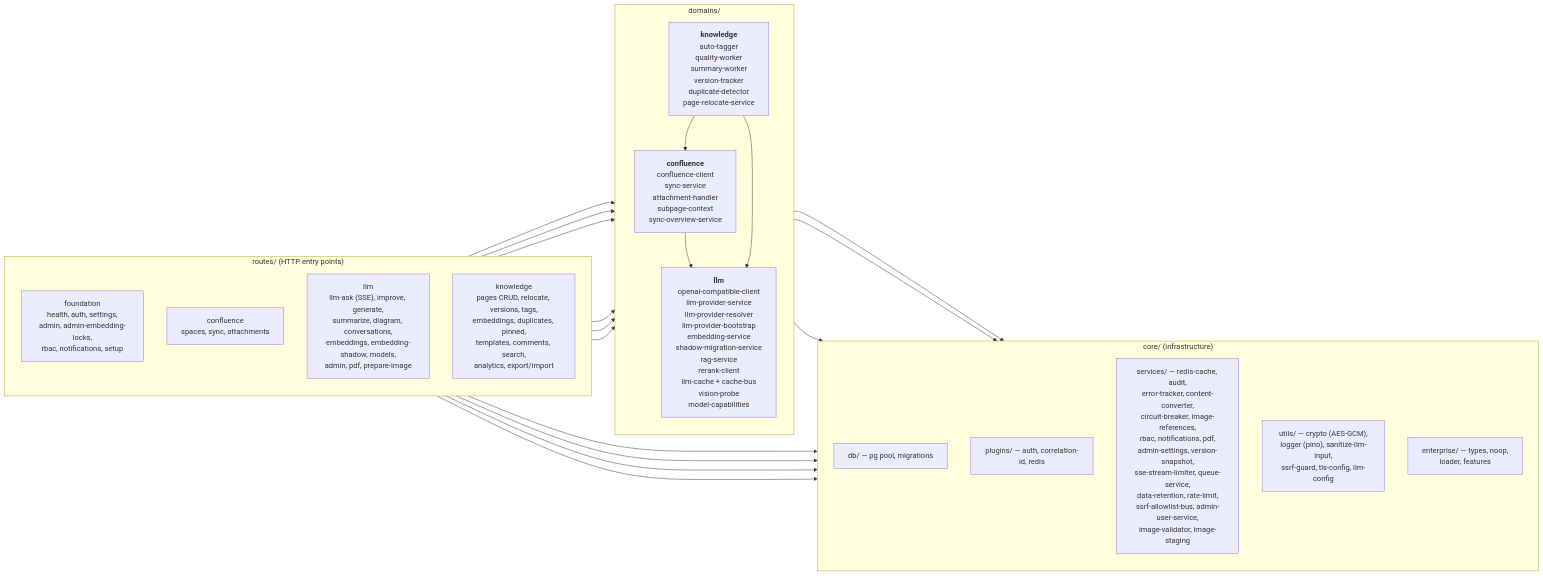
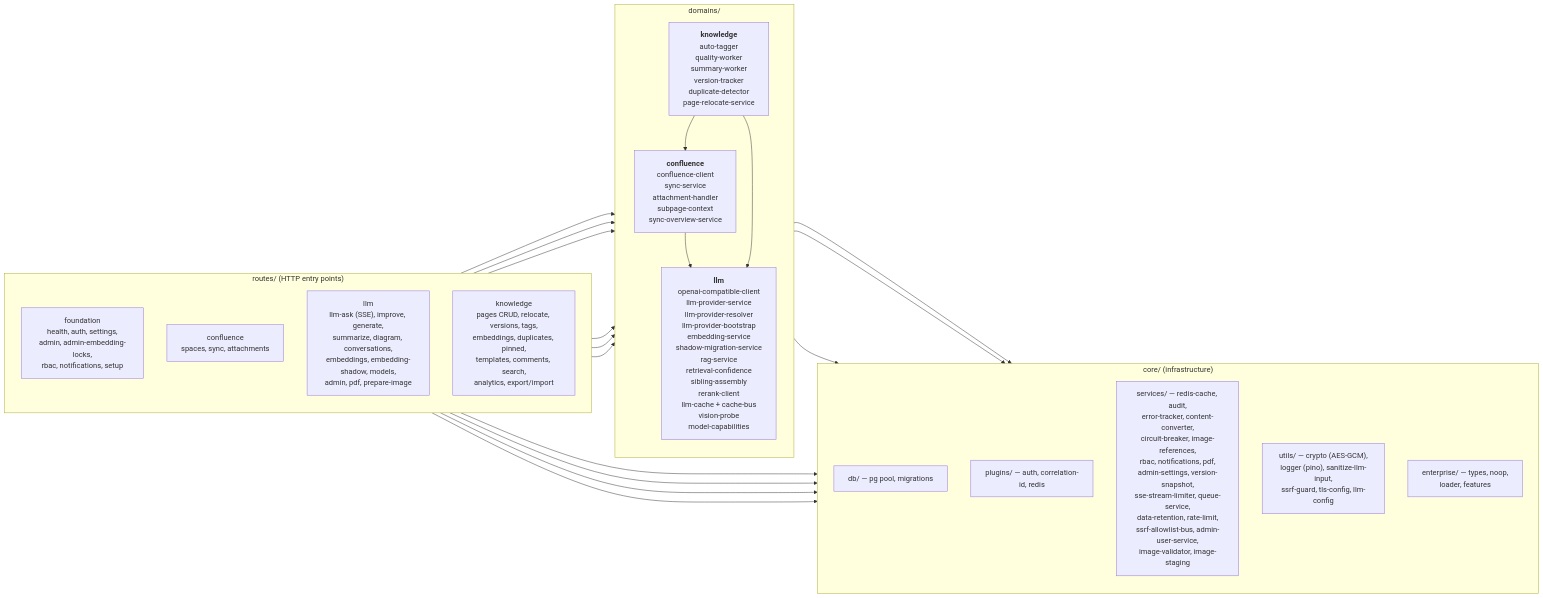
The first of 2 diagrams in docs/architecture/03-backend-domains.md (Compendiq/compendiq-ce), drawn with Mermaid before and after one commit. The commit also changed 16 other files, not shown here.

````diff
--- a/docs/architecture/03-backend-domains.md
+++ b/docs/architecture/03-backend-domains.md
@@ -9,44 +9,44 @@
 ```mermaid
 flowchart LR
     subgraph routes["routes/ (HTTP entry points)"]
         direction TB
         rF["foundation<br/>health, auth, settings,<br/>admin, admin-embedding-locks,<br/>rbac, notifications, setup"]
         rC["confluence<br/>spaces, sync, attachments"]
         rL["llm<br/>llm-ask (SSE), improve, generate,<br/>summarize, diagram, conversations,<br/>embeddings, embedding-shadow, models,<br/>admin, pdf, prepare-image"]
         rK["knowledge<br/>pages CRUD, relocate, versions, tags,<br/>embeddings, duplicates, pinned,<br/>templates, comments, search,<br/>analytics, export/import"]
     end
 
     subgraph domains["domains/"]
         direction TB
         dC["<b>confluence</b><br/>confluence-client<br/>sync-service<br/>attachment-handler<br/>subpage-context<br/>sync-overview-service"]
-        dL["<b>llm</b><br/>openai-compatible-client<br/>llm-provider-service<br/>llm-provider-resolver<br/>llm-provider-bootstrap<br/>embedding-service<br/>shadow-migration-service<br/>rag-service<br/>rerank-client<br/>llm-cache + cache-bus<br/>vision-probe<br/>model-capabilities"]
+        dL["<b>llm</b><br/>openai-compatible-client<br/>llm-provider-service<br/>llm-provider-resolver<br/>llm-provider-bootstrap<br/>embedding-service<br/>shadow-migration-service<br/>rag-service<br/>retrieval-confidence<br/>sibling-assembly<br/>rerank-client<br/>llm-cache + cache-bus<br/>vision-probe<br/>model-capabilities"]
         dK["<b>knowledge</b><br/>auto-tagger<br/>quality-worker<br/>summary-worker<br/>version-tracker<br/>duplicate-detector<br/>page-relocate-service"]
     end
 
     subgraph core["core/ (infrastructure)"]
         direction TB
         cDB["db/ — pg pool, migrations"]
         cPlug["plugins/ — auth, correlation-id, redis"]
         cSvc["services/ — redis-cache, audit,<br/>error-tracker, content-converter,<br/>circuit-breaker, image-references,<br/>rbac, notifications, pdf,<br/>admin-settings, version-snapshot,<br/>sse-stream-limiter, queue-service,<br/>data-retention, rate-limit,<br/>ssrf-allowlist-bus, admin-user-service,<br/>image-validator, image-staging"]
         cUtil["utils/ — crypto (AES-GCM),<br/>logger (pino), sanitize-llm-input,<br/>ssrf-guard, tls-config, llm-config"]
         cEnt["enterprise/ — types, noop,<br/>loader, features"]
     end
 
     rF --> core
     rC --> core
     rC --> dC
     rL --> core
     rL --> dL
     rL --> dC
     rK --> core
     rK --> dK
     rK --> dL
     rK --> dC
 
     dC --> core
     dC --> dL
     dL --> core
     dK --> core
     dK --> dL
     dK --> dC
 ```
````
